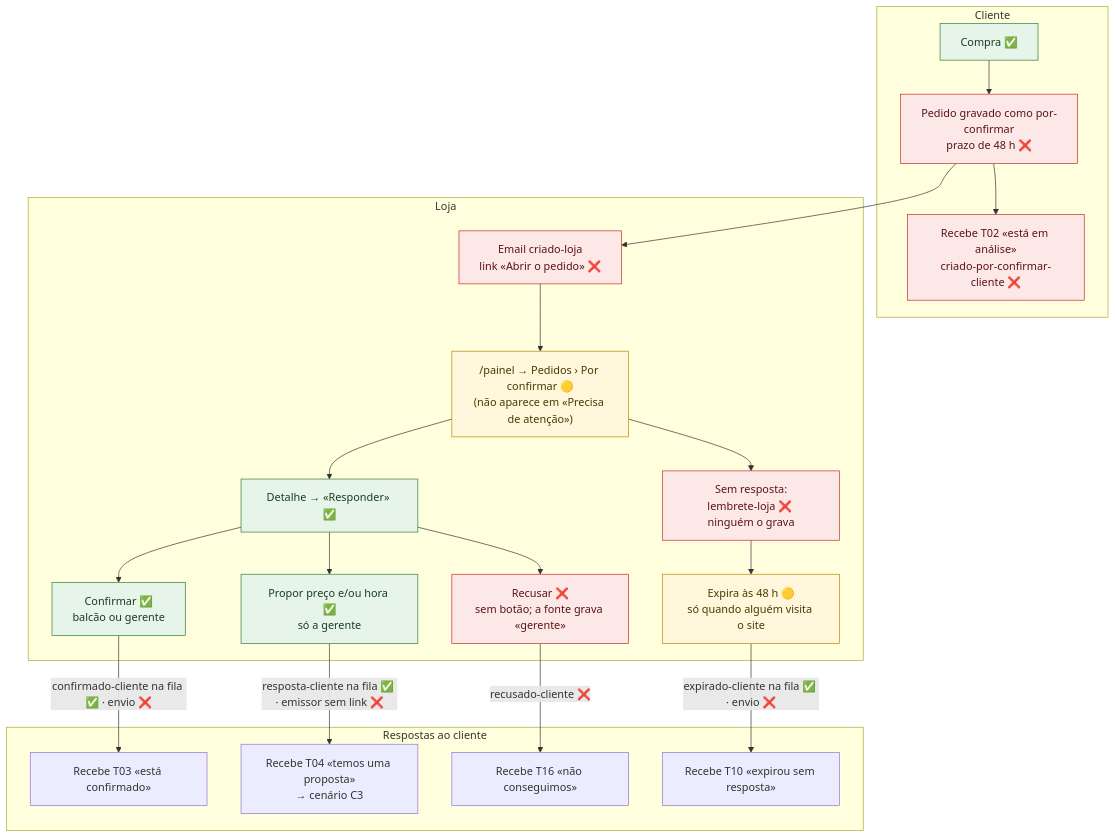
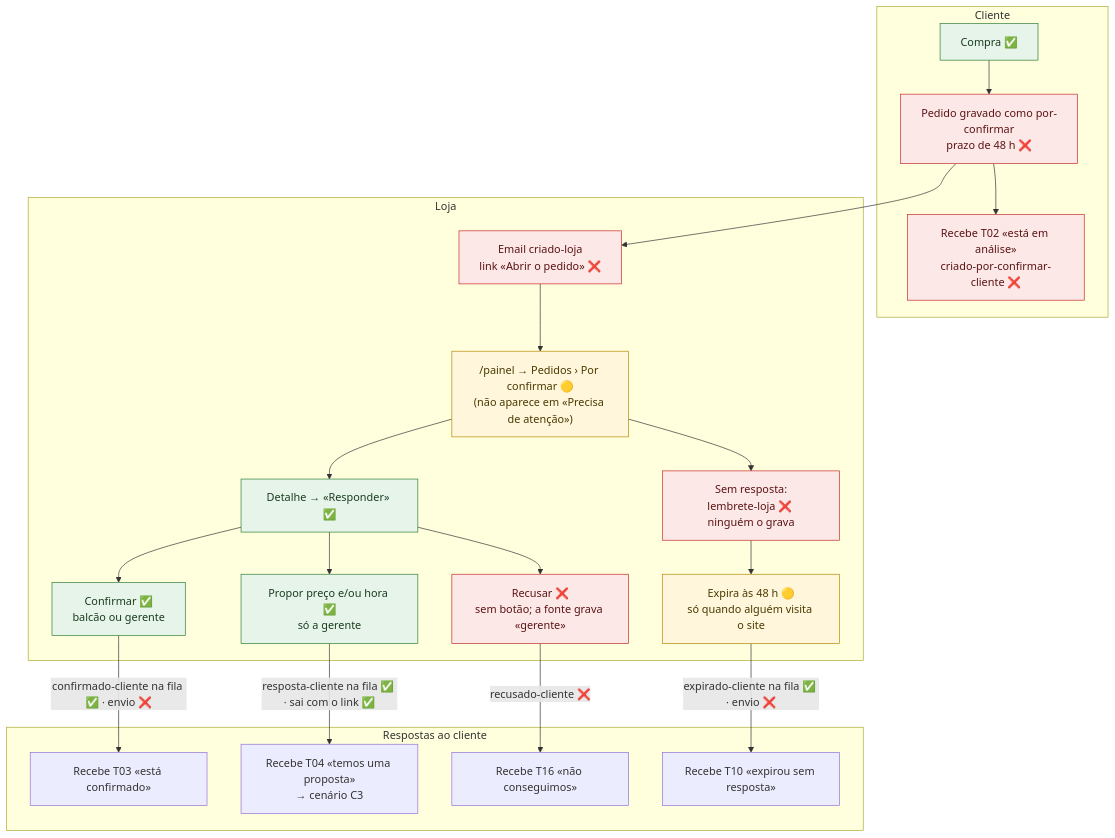
The fourth of 8 diagrams in docs/loja/fluxo-do-pedido.md (DEVV-TGR/Damira), drawn with Mermaid before and after one commit. The commit also changed other lines of this file and 9 other files, not shown here.

First line of the commit message:
A proposta sai por email, com o botão para aceitar (ponto 4)

````diff
--- a/docs/loja/fluxo-do-pedido.md
+++ b/docs/loja/fluxo-do-pedido.md
@@ -180,39 +180,39 @@
 ```mermaid
 %%{init: {"flowchart": {"useMaxWidth": false}, "state": {"useMaxWidth": false}}}%%
 flowchart TB
     subgraph CLI["Cliente"]
         A1["Compra ✅"] --> A2["Pedido gravado como por-confirmar<br/>prazo de 48 h ❌"]
         A2 --> A3["Recebe T02 «está em análise»<br/>criado-por-confirmar-cliente ❌"]
     end
     subgraph RES["Respostas ao cliente"]
         R3["Recebe T03 «está confirmado»"]
         R4["Recebe T04 «temos uma proposta»<br/>→ cenário C3"]
         R16["Recebe T16 «não conseguimos»"]
         R10["Recebe T10 «expirou sem resposta»"]
     end
     subgraph LOJ["Loja"]
         B1["Email criado-loja<br/>link «Abrir o pedido» ❌"]
         B2["/painel → Pedidos › Por confirmar 🟡<br/>(não aparece em «Precisa de atenção»)"]
         B3["Detalhe → «Responder» ✅"]
         B4["Confirmar ✅<br/>balcão ou gerente"]
         B5["Propor preço e/ou hora ✅<br/>só a gerente"]
         B6["Recusar ❌<br/>sem botão; a fonte grava «gerente»"]
         B7["Sem resposta:<br/>lembrete-loja ❌ ninguém o grava"]
         B8["Expira às 48 h 🟡<br/>só quando alguém visita o site"]
         B1 --> B2 --> B3
         B3 --> B4 & B5 & B6
         B2 --> B7 --> B8
     end
     A2 --> B1
     B4 -- "confirmado-cliente na fila ✅ · envio ❌" --> R3
-    B5 -- "resposta-cliente na fila ✅ · emissor sem link ❌" --> R4
+    B5 -- "resposta-cliente na fila ✅ · sai com o link ✅" --> R4
     B6 -- "recusado-cliente ❌" --> R16
     B8 -- "expirado-cliente na fila ✅ · envio ❌" --> R10
 
     classDef ok fill:#e6f4ea,stroke:#2e7d32,color:#1b3d1f
     classDef parcial fill:#fff6db,stroke:#b58900,color:#4a3a00
     classDef falta fill:#fde8e8,stroke:#c62828,color:#5a1414
     class A1,B3,B4,B5 ok
     class B2,B8 parcial
     class A2,A3,B1,B6,B7 falta
 ```
````
